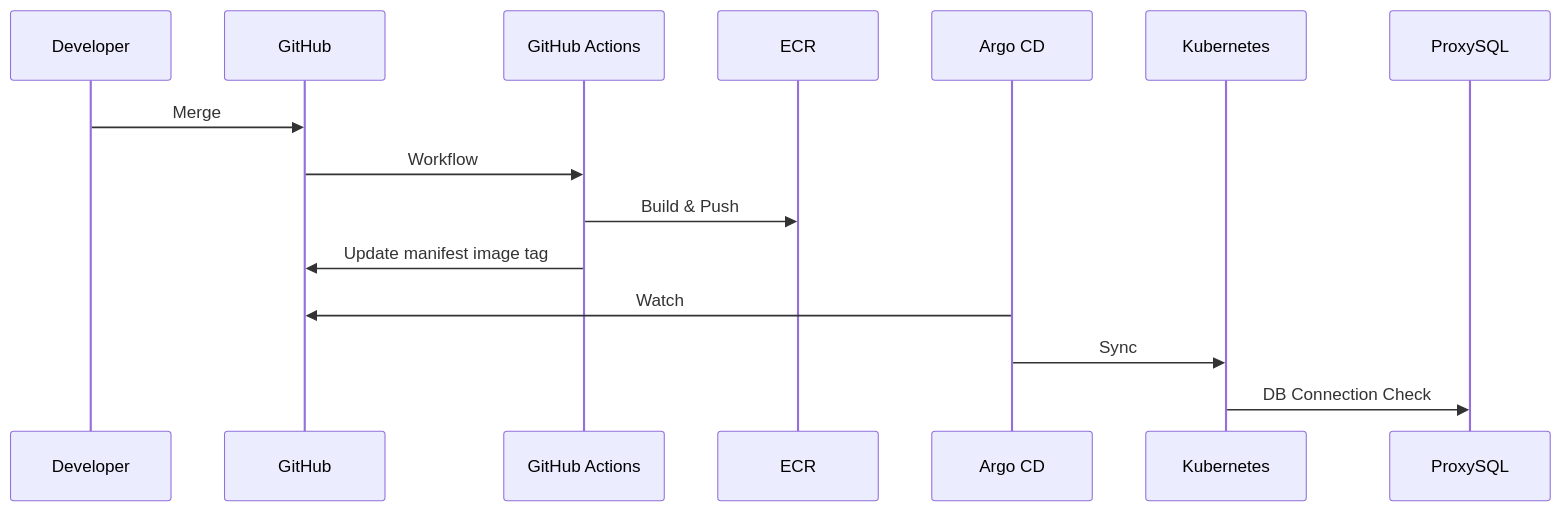
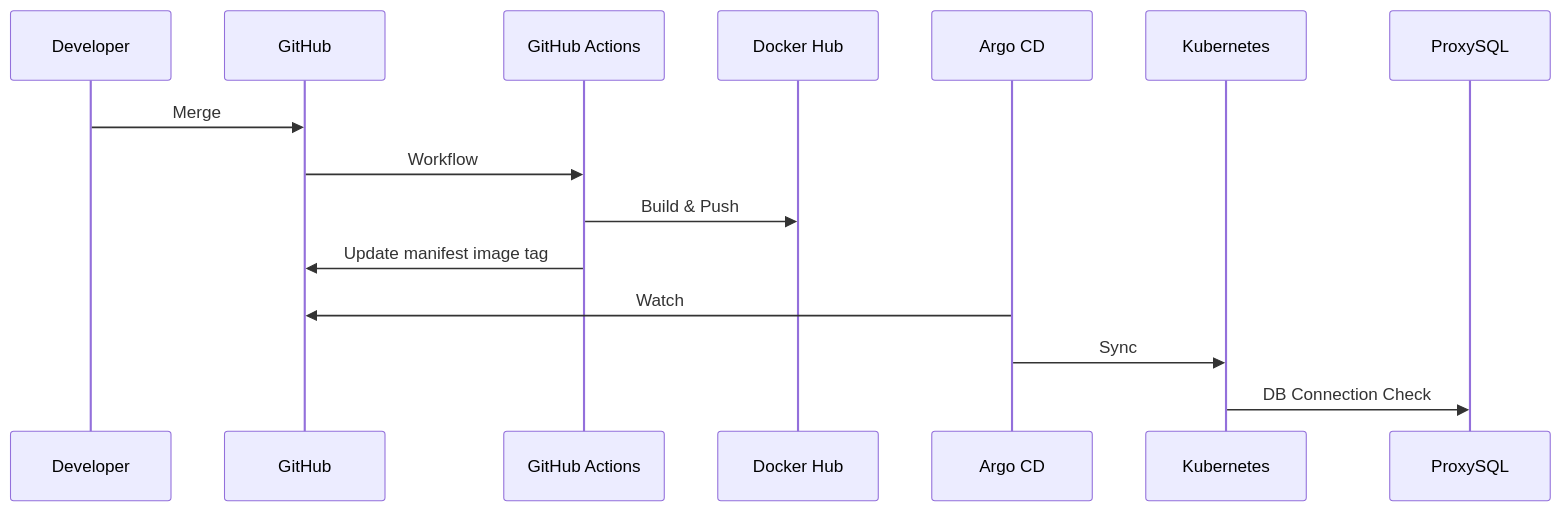
Before and after one commit to KosaCloudTeam2/infra-platform: the diagram in docs/architecture/build-up/03_cicd_app_runtime.md, drawn with Mermaid. The commit also changed other lines of this file and 28 other files, not shown here.

First line of the commit message:
docs: Docker Hub 기반 이미지 저장소 기준 반영

````diff
--- a/docs/architecture/build-up/03_cicd_app_runtime.md
+++ b/docs/architecture/build-up/03_cicd_app_runtime.md
@@ -25,18 +25,18 @@
 ```mermaid
 sequenceDiagram
     participant Dev as Developer
     participant GH as GitHub
     participant GA as GitHub Actions
-    participant ECR as ECR
+    participant Registry as Docker Hub
     participant Argo as Argo CD
     participant K8s as Kubernetes
     participant DB as ProxySQL
 
     Dev->>GH: Merge
     GH->>GA: Workflow
-    GA->>ECR: Build & Push
+    GA->>Registry: Build & Push
     GA->>GH: Update manifest image tag
     Argo->>GH: Watch
     Argo->>K8s: Sync
     K8s->>DB: DB Connection Check
 ```
````
